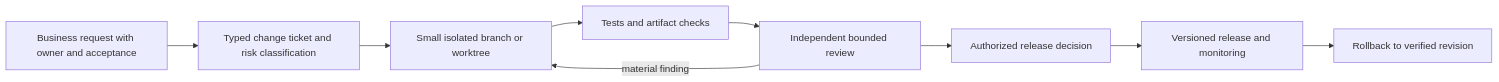
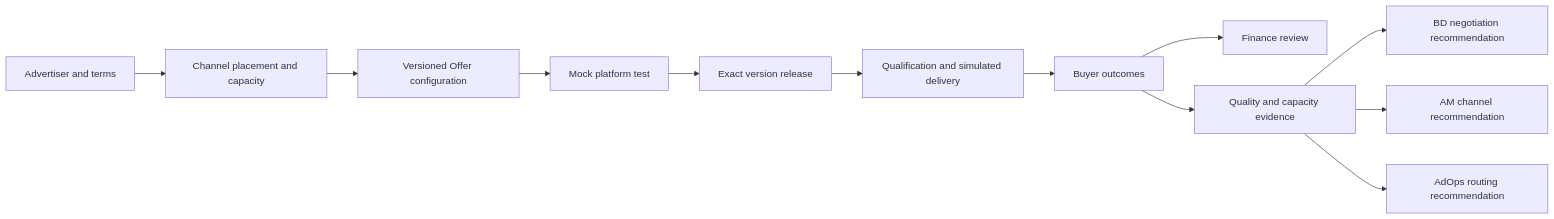
One commit to ShenghangWang/Everflow-Affiliate-Network-Automation changed the diagram in architecture.md. Above: the diagram before and after it, drawn with Mermaid. The commit also changed other lines of this file and 17 other files, not shown here.

````diff
--- a/architecture.md
+++ b/architecture.md
@@ -244,11 +5,14 @@
 ```mermaid
 flowchart LR
-  R[Business request with owner and acceptance] --> T[Typed change ticket and risk classification]
-  T --> C[Small isolated branch or worktree]
-  C --> V[Tests and artifact checks]
-  V --> IR[Independent bounded review]
-  IR --> A[Authorized release decision]
-  A --> P[Versioned release and monitoring]
-  P --> RB[Rollback to verified revision]
-  IR -->|material finding| C
+    A[Advertiser and terms] --> C[Channel placement and capacity]
+    C --> V[Versioned Offer configuration]
+    V --> T[Mock platform test]
+    T --> R[Exact version release]
+    R --> D[Qualification and simulated delivery]
+    D --> B[Buyer outcomes]
+    B --> F[Finance review]
+    B --> Q[Quality and capacity evidence]
+    Q --> BD[BD negotiation recommendation]
+    Q --> AM[AM channel recommendation]
+    Q --> O[AdOps routing recommendation]
 ```
````
